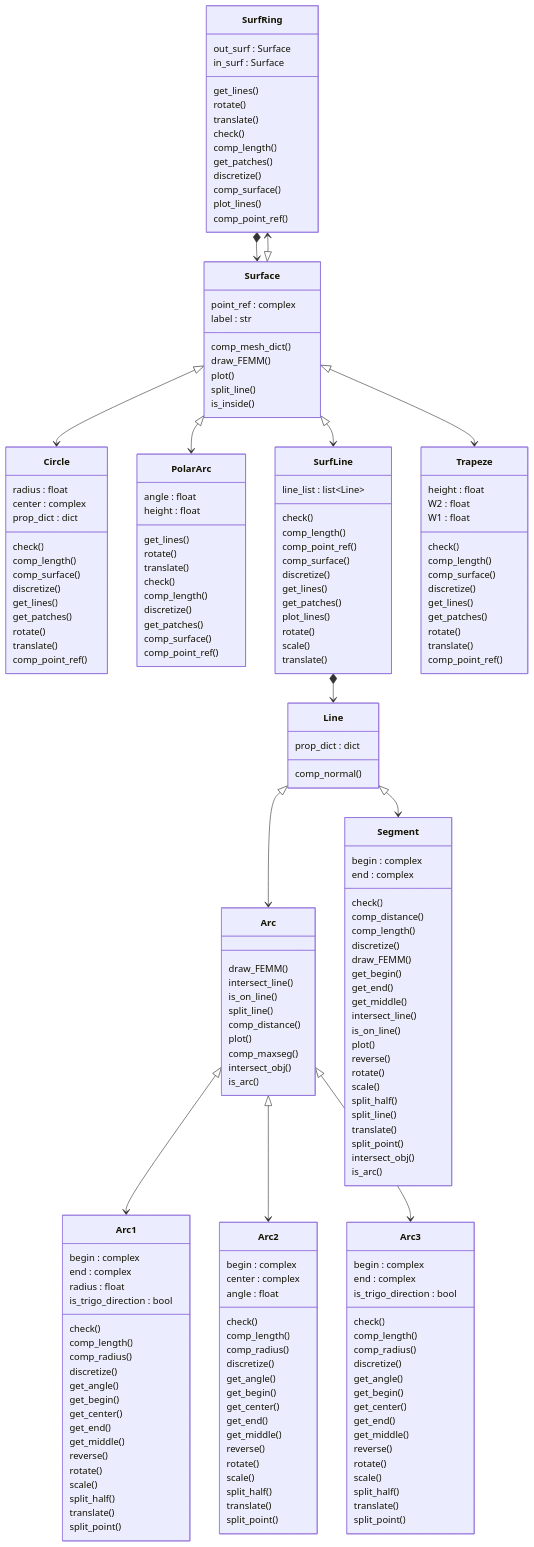
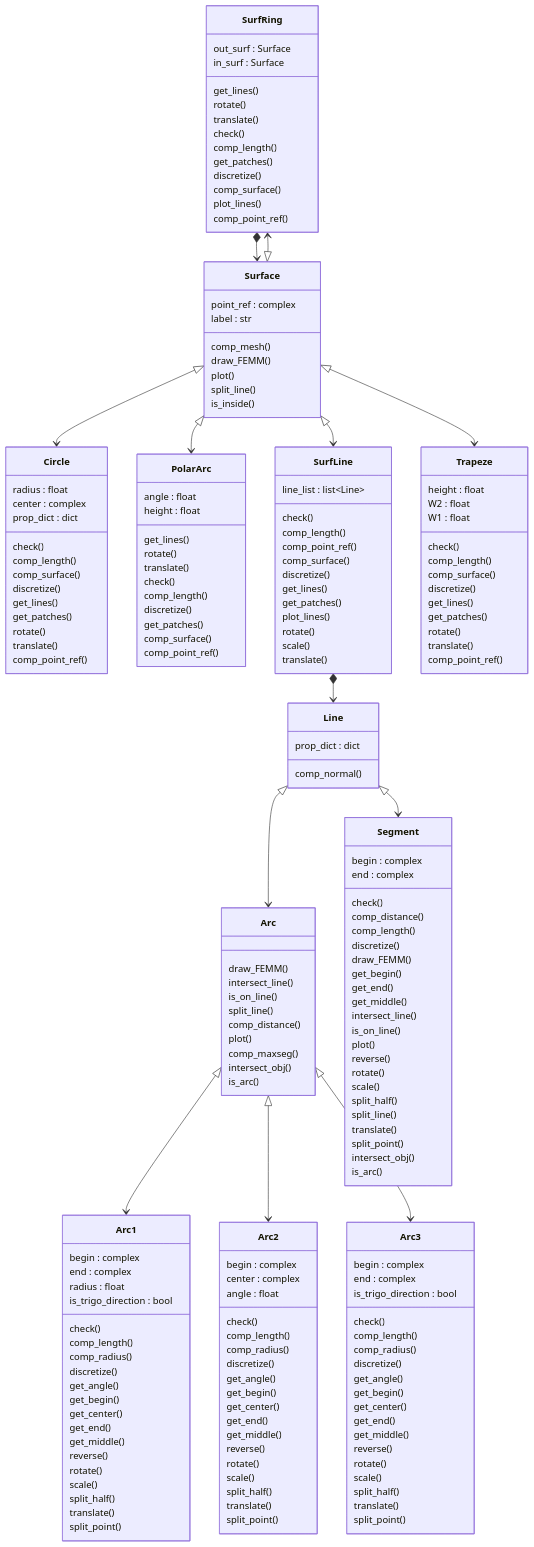
Before and after one commit to SebGue/pyleecan: the diagram in pyleecan/Generator/UMLs/code/Geometry.mmd, drawn with Mermaid. The commit also changed 3 other files, not shown here.

Commit message:
[CC] update UML files

```diff
--- a/pyleecan/Generator/UMLs/code/Geometry.mmd
+++ b/pyleecan/Generator/UMLs/code/Geometry.mmd
@@ -1,192 +1,192 @@
 classDiagram
 direction TB
 class Arc{
 	draw_FEMM()
 	intersect_line()
 	is_on_line()
 	split_line()
 	comp_distance()
 	plot()
 	comp_maxseg()
 	intersect_obj()
 	is_arc()
 }
 class Arc1{
 	begin : complex
 	end : complex
 	radius : float
 	is_trigo_direction : bool
 	check()
 	comp_length()
 	comp_radius()
 	discretize()
 	get_angle()
 	get_begin()
 	get_center()
 	get_end()
 	get_middle()
 	reverse()
 	rotate()
 	scale()
 	split_half()
 	translate()
 	split_point()
 }
 class Arc2{
 	begin : complex
 	center : complex
 	angle : float
 	check()
 	comp_length()
 	comp_radius()
 	discretize()
 	get_angle()
 	get_begin()
 	get_center()
 	get_end()
 	get_middle()
 	reverse()
 	rotate()
 	scale()
 	split_half()
 	translate()
 	split_point()
 }
 class Arc3{
 	begin : complex
 	end : complex
 	is_trigo_direction : bool
 	check()
 	comp_length()
 	comp_radius()
 	discretize()
 	get_angle()
 	get_begin()
 	get_center()
 	get_end()
 	get_middle()
 	reverse()
 	rotate()
 	scale()
 	split_half()
 	translate()
 	split_point()
 }
 class Circle{
 	radius : float
 	center : complex
 	prop_dict : dict
 	check()
 	comp_length()
 	comp_surface()
 	discretize()
 	get_lines()
 	get_patches()
 	rotate()
 	translate()
 	comp_point_ref()
 }
 class Line{
 	prop_dict : dict
 	comp_normal()
 }
 class PolarArc{
 	angle : float
 	height : float
 	get_lines()
 	rotate()
 	translate()
 	check()
 	comp_length()
 	discretize()
 	get_patches()
 	comp_surface()
 	comp_point_ref()
 }
 class Segment{
 	begin : complex
 	end : complex
 	check()
 	comp_distance()
 	comp_length()
 	discretize()
 	draw_FEMM()
 	get_begin()
 	get_end()
 	get_middle()
 	intersect_line()
 	is_on_line()
 	plot()
 	reverse()
 	rotate()
 	scale()
 	split_half()
 	split_line()
 	translate()
 	split_point()
 	intersect_obj()
 	is_arc()
 }
 class SurfLine{
 	line_list : list~Line~
 	check()
 	comp_length()
 	comp_point_ref()
 	comp_surface()
 	discretize()
 	get_lines()
 	get_patches()
 	plot_lines()
 	rotate()
 	scale()
 	translate()
 }
 class SurfRing{
 	out_surf : Surface
 	in_surf : Surface
 	get_lines()
 	rotate()
 	translate()
 	check()
 	comp_length()
 	get_patches()
 	discretize()
 	comp_surface()
 	plot_lines()
 	comp_point_ref()
 }
 class Surface{
 	point_ref : complex
 	label : str
-	comp_mesh_dict()
+	comp_mesh()
 	draw_FEMM()
 	plot()
 	split_line()
 	is_inside()
 }
 class Trapeze{
 	height : float
 	W2 : float
 	W1 : float
 	check()
 	comp_length()
 	comp_surface()
 	discretize()
 	get_lines()
 	get_patches()
 	rotate()
 	translate()
 	comp_point_ref()
 }
 Arc  <|--> Arc1
 Arc  <|--> Arc2
 Arc  <|--> Arc3
 Line  <|--> Arc
 Line  <|--> Segment
 SurfLine *--> Line
 SurfRing *--> Surface
 Surface  <|--> Circle
 Surface  <|--> PolarArc
 Surface  <|--> SurfLine
 Surface  <|--> SurfRing
 Surface  <|--> Trapeze
```
